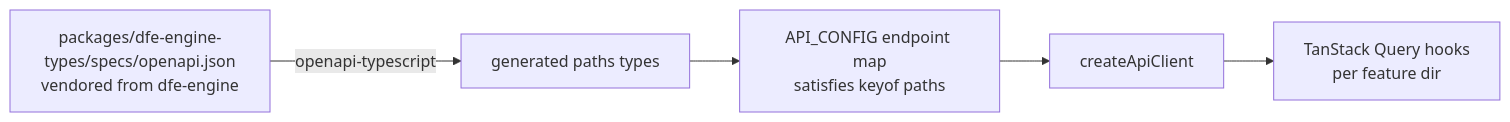
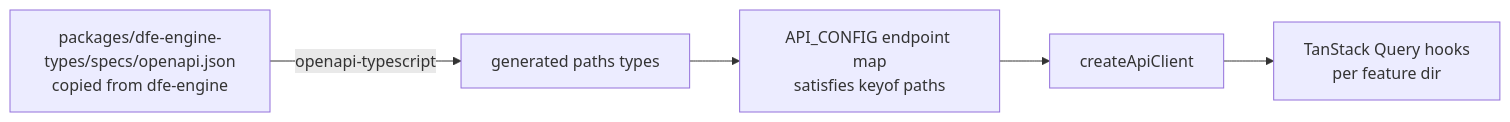
One commit to hyperi-io/dfe-ui changed the diagram in docs/engine-api-client.md. Above: the diagram before and after it, drawn with Mermaid. The commit also changed other lines of this file and 15 other files, not shown here.

````diff
--- a/docs/engine-api-client.md
+++ b/docs/engine-api-client.md
@@ -10,7 +7,7 @@
 ```mermaid
 flowchart LR
-    SPEC[packages/dfe-engine-types/specs/openapi.json<br/>vendored from dfe-engine] -->|openapi-typescript| TYPES[generated paths types]
+    SPEC[packages/dfe-engine-types/specs/openapi.json<br/>copied from dfe-engine] -->|openapi-typescript| TYPES[generated paths types]
     TYPES --> MAP[API_CONFIG endpoint map<br/>satisfies keyof paths]
     MAP --> CLIENT[createApiClient]
     CLIENT --> HOOKS[TanStack Query hooks<br/>per feature dir]
 ```
````
